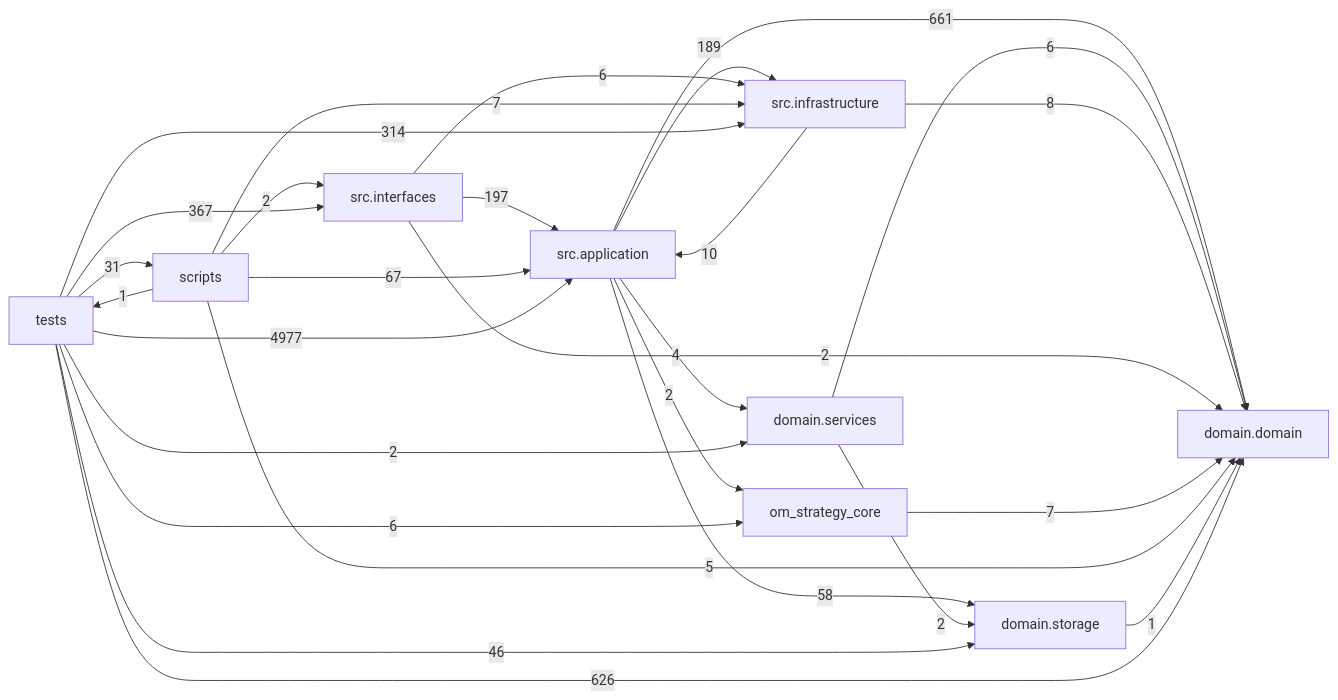
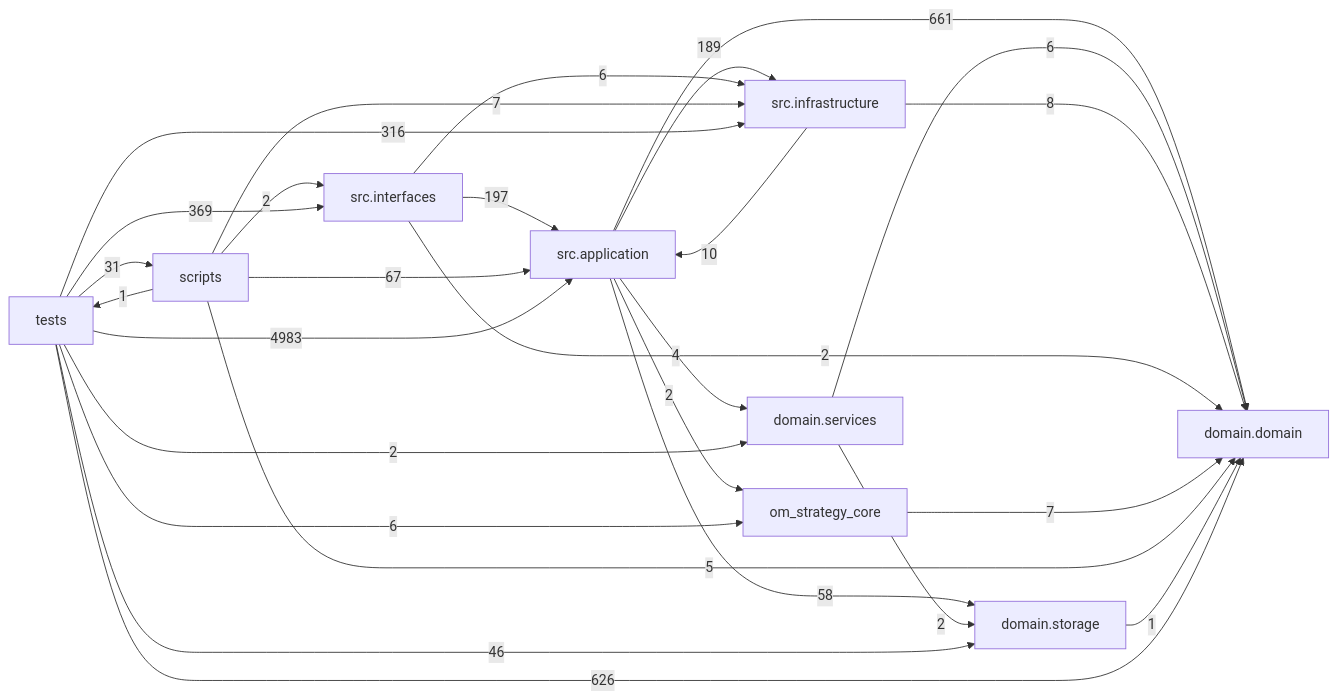
The diagram in docs/DEPENDENCY_GRAPH.md (liuxie066/options-monitor), drawn with Mermaid before and after one commit. The commit also changed other lines of this file and 7 other files, not shown here.

````diff
--- a/docs/DEPENDENCY_GRAPH.md
+++ b/docs/DEPENDENCY_GRAPH.md
@@ -24,38 +24,38 @@
 ```mermaid
 flowchart LR
   tests["tests"]
   scripts["scripts"]
   interfaces["src.interfaces"]
   application["src.application"]
   infrastructure["src.infrastructure"]
   domain_services["domain.services"]
   domain["domain.domain"]
   storage["domain.storage"]
   application -->|661| domain
   application -->|4| domain_services
   application -->|189| infrastructure
   application -->|2| om_strategy_core
   application -->|58| storage
   domain_services -->|6| domain
   domain_services -->|2| storage
   infrastructure -->|10| application
   infrastructure -->|8| domain
   interfaces -->|197| application
   interfaces -->|2| domain
   interfaces -->|6| infrastructure
   om_strategy_core -->|7| domain
   scripts -->|67| application
   scripts -->|5| domain
   scripts -->|7| infrastructure
   scripts -->|2| interfaces
   scripts -->|1| tests
   storage -->|1| domain
-  tests -->|4977| application
+  tests -->|4983| application
   tests -->|626| domain
   tests -->|2| domain_services
-  tests -->|314| infrastructure
-  tests -->|367| interfaces
+  tests -->|316| infrastructure
+  tests -->|369| interfaces
   tests -->|6| om_strategy_core
   tests -->|31| scripts
   tests -->|46| storage
 ```
````
